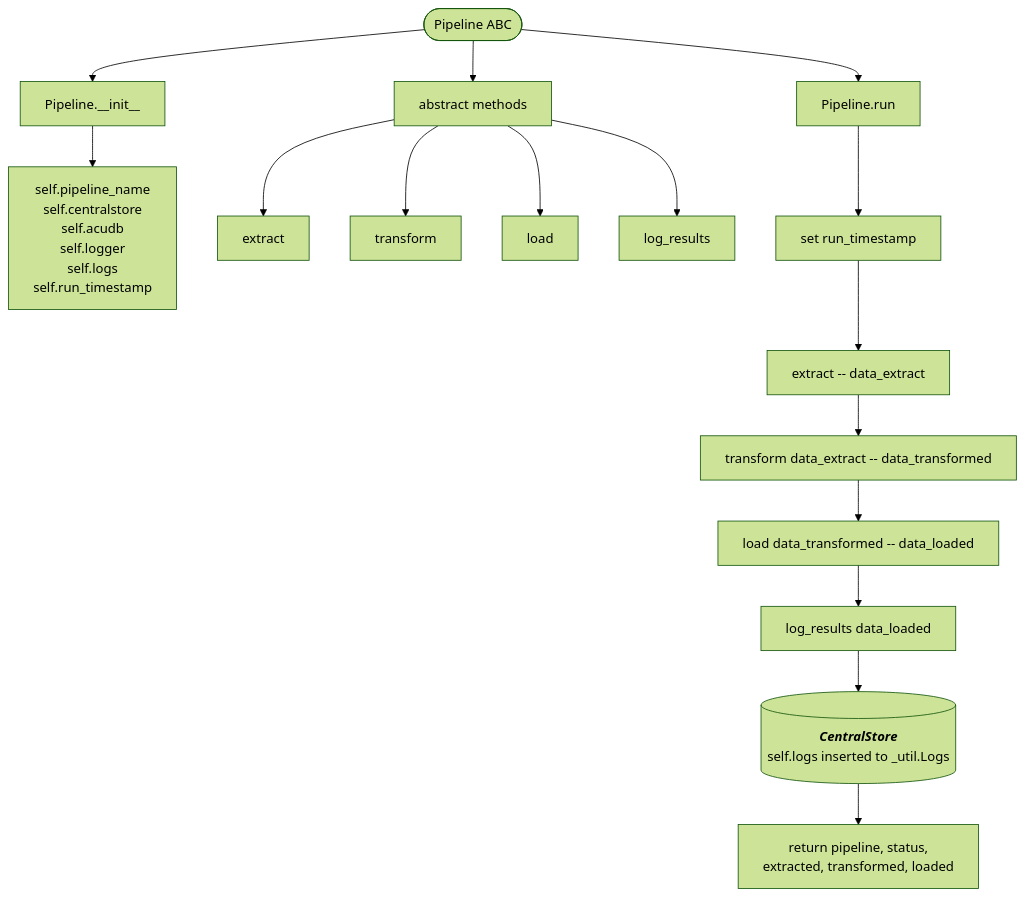
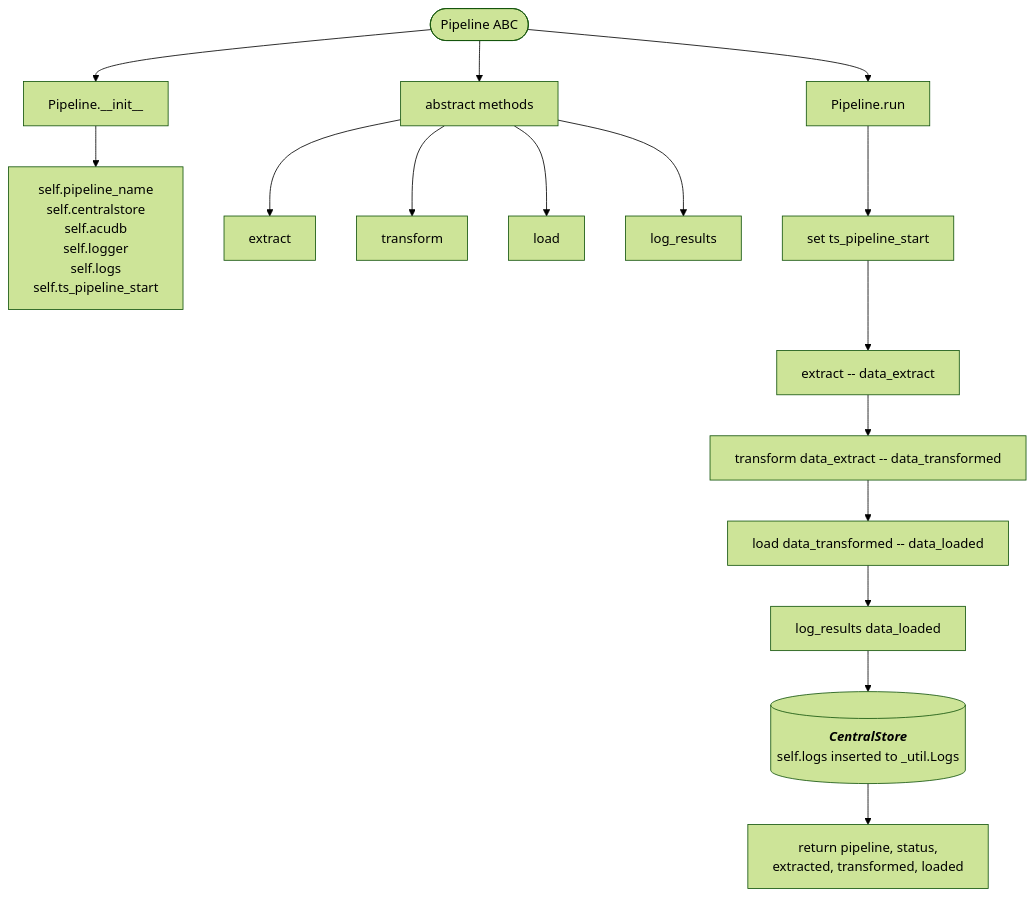
One commit to journeyhl/integration-platform changed the diagram in docs/pipelines/base.md. Above: the diagram before and after it, drawn with Mermaid (forest theme). The commit also changed 9 other files, not shown here.

````diff
--- a/docs/pipelines/base.md
+++ b/docs/pipelines/base.md
@@ -1,31 +1,31 @@
 ```mermaid
 %%{init: {"flowchart": {"wrappingWidth": 400}}}%%
 flowchart TD
     A([Pipeline ABC]) --> B[Pipeline.__init__]
     B --> B1[
         self.pipeline_name
         self.centralstore
         self.acudb
         self.logger
         self.logs
-        self.run_timestamp
+        self.ts_pipeline_start
     ]
 
     A --> ABS[abstract methods]
     ABS --> ABS1[extract]
     ABS --> ABS2[transform]
     ABS --> ABS3[load]
     ABS --> ABS4[log_results]
 
     A --> RUN[Pipeline.run]
-    RUN --> R0[set run_timestamp]
+    RUN --> R0[set ts_pipeline_start]
     R0 --> R1[extract -- data_extract]
     R1 --> R2[transform data_extract -- data_transformed]
     R2 --> R3[load data_transformed -- data_loaded]
     R3 --> R4[log_results data_loaded]
     R4 --> R5[(
         <b><i>CentralStore</i></b>
         self.logs inserted to _util.Logs
     )]
     R5 --> R6[return pipeline, status,<br/>extracted, transformed, loaded]
 ```
````
